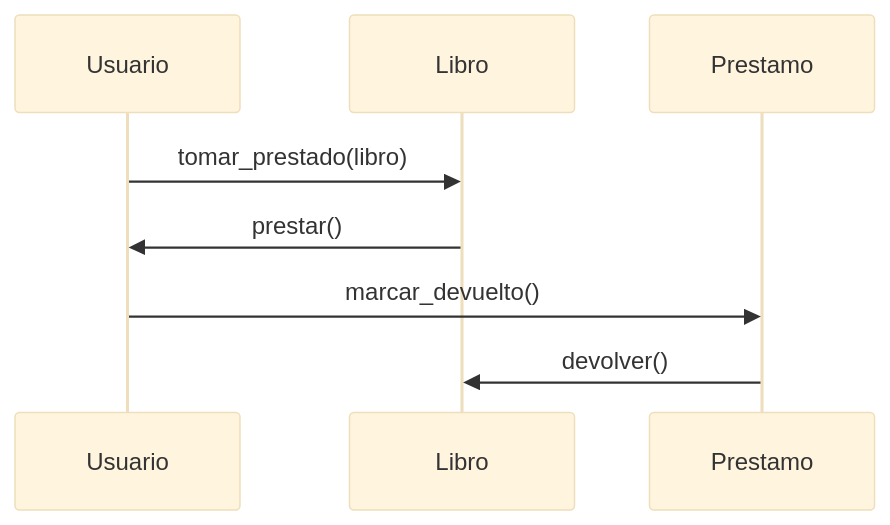
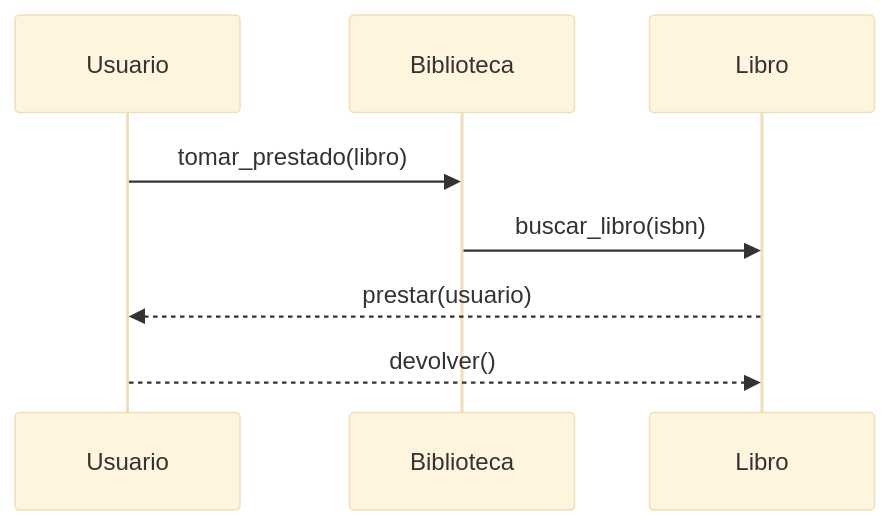
The sixth of 6 diagrams in 1-01-Analisis_orientado_a_objetos_y_su_diferencia_con_el_analisis_estructurado.md (nahuelito2424/AOO), drawn with Mermaid (base theme) before and after one commit. The commit also changed other lines of this file, not shown here.

````diff
--- a/1-01-Analisis_orientado_a_objetos_y_su_diferencia_con_el_analisis_estructurado.md
+++ b/1-01-Analisis_orientado_a_objetos_y_su_diferencia_con_el_analisis_estructurado.md
@@ -257,7 +258,8 @@
 ```mermaid
 sequenceDiagram
-    Usuario->>Libro: tomar_prestado(libro)
-    Libro->>Usuario: prestar()
-    Usuario->>Prestamo: marcar_devuelto()
-    Prestamo->>Libro: devolver()
+    Usuario->>Biblioteca: tomar_prestado(libro)
+    Biblioteca->>Libro: buscar_libro(isbn)
+    Libro-->>Usuario: prestar(usuario)
+    Usuario-->>Libro: devolver()
+
 ```
````
